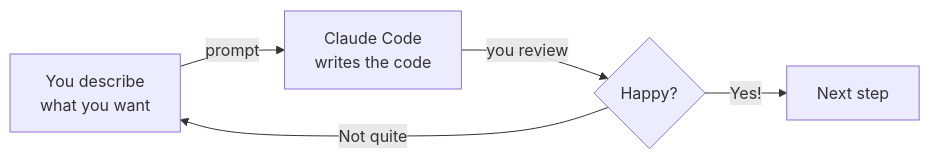
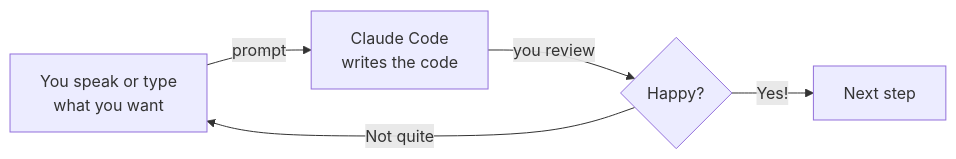
The second of 2 diagrams in tutorial/vibe-coding/overview.mdx (ChanMeng666/her-waka), drawn with Mermaid before and after one commit. The commit also changed other lines of this file and 38 other files, not shown here.

First line of the commit message:
feat: add voice-first Obsidian CLI tutorials and refactor all tutorials for Wispr Flow + Gemini CLI

````diff
--- a/tutorial/vibe-coding/overview.mdx
+++ b/tutorial/vibe-coding/overview.mdx
@@ -73,7 +76,7 @@
 ```mermaid
 flowchart LR
-    A["You describe\nwhat you want"] -->|"prompt"| B["Claude Code\nwrites the code"]
+    A["You speak or type\nwhat you want"] -->|"prompt"| B["Claude Code\nwrites the code"]
     B -->|"you review"| C{"Happy?"}
     C -->|"Not quite"| A
     C -->|"Yes!"| D["Next step"]
 ```
````
